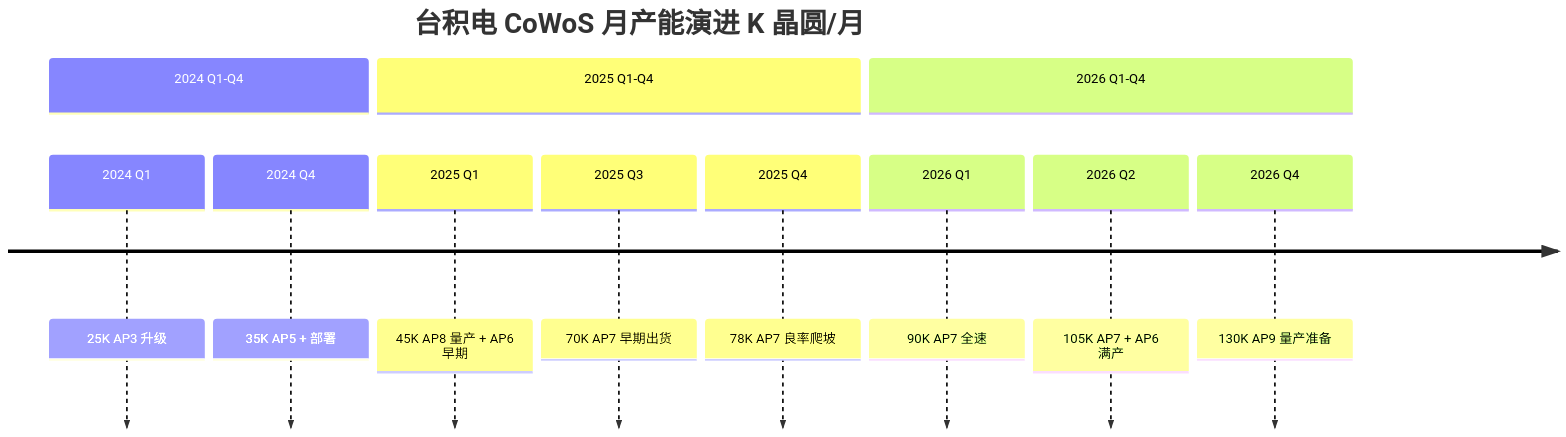
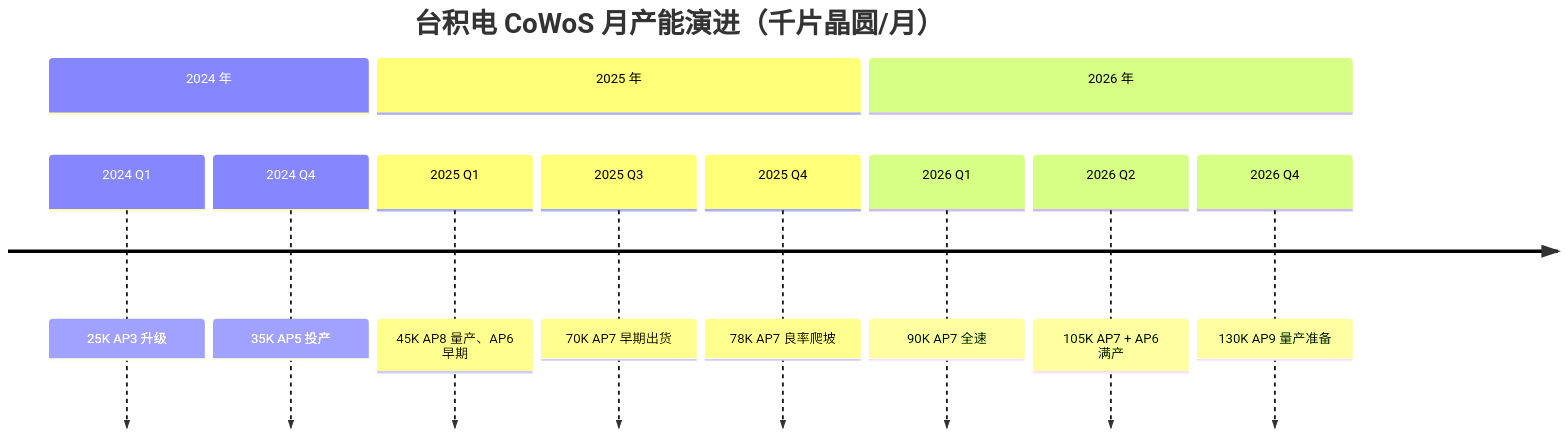
The second of 5 diagrams in book/11-bottleneck-physics/README.md (diguike/book-compute-economics), drawn with Mermaid before and after one commit. The commit also changed other lines of this file and 33 other files, not shown here.

````diff
--- a/book/11-bottleneck-physics/README.md
+++ b/book/11-bottleneck-physics/README.md
@@ -115,15 +105,15 @@
 ```mermaid
 timeline
-    title 台积电 CoWoS 月产能演进 K 晶圆/月
-    section 2024 Q1-Q4
+    title 台积电 CoWoS 月产能演进（千片晶圆/月）
+    section 2024 年
         2024 Q1 : 25K AP3 升级
-        2024 Q4 : 35K AP5 + 部署
-    section 2025 Q1-Q4
-        2025 Q1 : 45K AP8 量产 + AP6 早期
+        2024 Q4 : 35K AP5 投产
+    section 2025 年
+        2025 Q1 : 45K AP8 量产、AP6 早期
         2025 Q3 : 70K AP7 早期出货
         2025 Q4 : 78K AP7 良率爬坡
-    section 2026 Q1-Q4
+    section 2026 年
         2026 Q1 : 90K AP7 全速
         2026 Q2 : 105K AP7 + AP6 满产
         2026 Q4 : 130K AP9 量产准备
 ```
````
